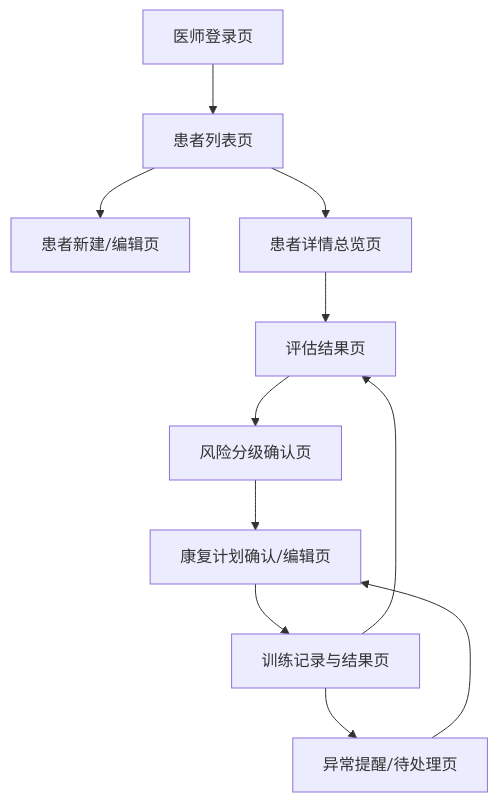
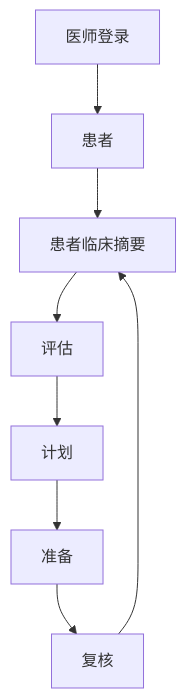
Before and after one commit to boyufan666/cuddly-octo-barnacle: the second of 4 diagrams in docs/rehab-platform-role-flows-and-pages.md, drawn with Mermaid. The commit also changed other lines of this file and 599 other files, not shown here.

````diff
--- a/docs/rehab-platform-role-flows-and-pages.md
+++ b/docs/rehab-platform-role-flows-and-pages.md
@@ -139,13 +135,10 @@
 ```mermaid
 flowchart TD
-    A["医师登录页"] --> B["患者列表页"]
-    B --> C["患者新建/编辑页"]
-    B --> D["患者详情总览页"]
-    D --> E["评估结果页"]
-    E --> F["风险分级确认页"]
-    F --> G["康复计划确认/编辑页"]
-    G --> H["训练记录与结果页"]
-    H --> I["异常提醒/待处理页"]
-    I --> G
-    H --> E
+    A["医师登录"] --> B["患者"]
+    B --> C["患者临床摘要"]
+    C --> D["评估"]
+    D --> E["计划"]
+    E --> F["准备"]
+    F --> G["复核"]
+    G --> C
 ```
````
